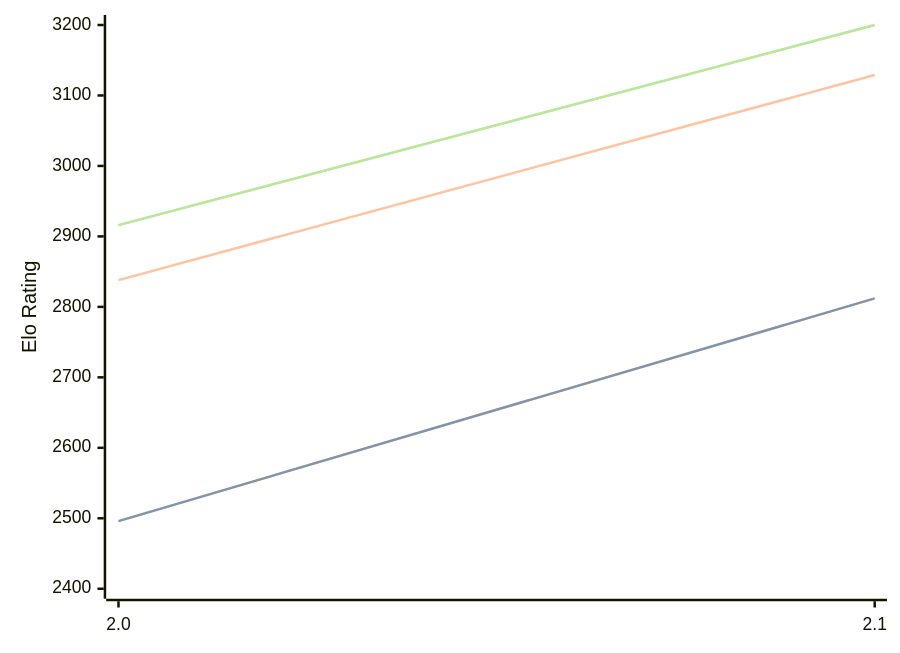
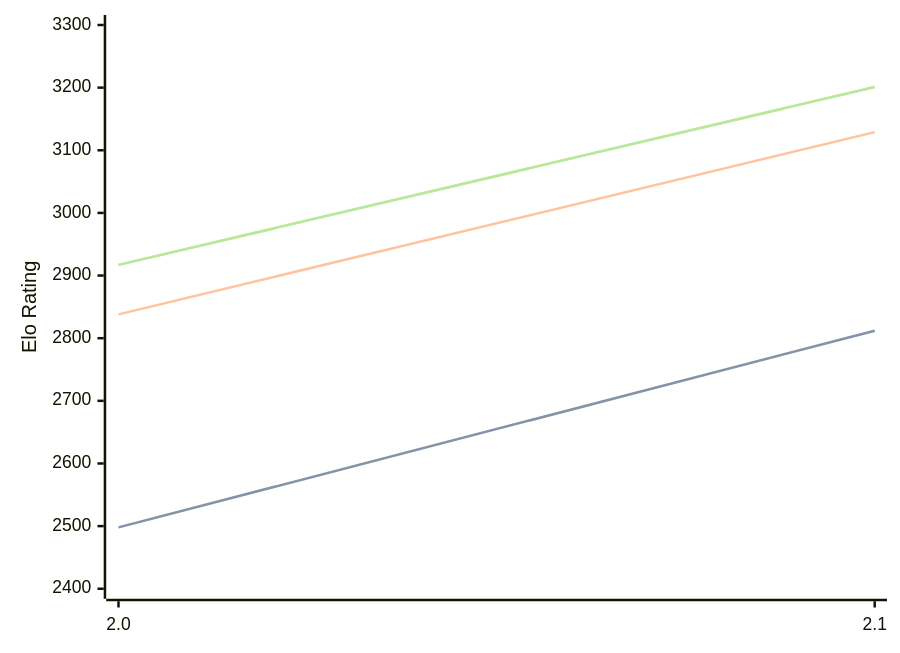
The diagram in engines/Tunguska.md (computer-chess-index/cci), drawn with Mermaid before and after one commit. The commit also changed other lines of this file, not shown here.

Commit message:
Update CCI Ratings (ELO VLTC) - 2026-05-22

````diff
--- a/engines/Tunguska.md
+++ b/engines/Tunguska.md
@@ -32,11 +32,11 @@
 ```mermaid
 %%{init: {"theme":"base","themeVariables":{"seriesColors:['#a3a3a3','#222221','#faa371']}}}%%
 xychart-beta
   x-axis ["2.0", "2.1"]
-  y-axis "Elo Rating" 2400 --> 3200
-  line "STC (8.0+0.08s)" [2496, 2812]
-  line "STC (8.0+0.08s)" [2496, 2812]
+  y-axis "Elo Rating" 2400 --> 3300
+  line "STC (8.0+0.08s)" [2498, 2812]
+  line "STC (8.0+0.08s)" [2498, 2812]
   line "LTC (60.0+0.60s)" [2838, 3129]
-  line "VLTC (2m24s+1.12s)" [2916, 3200]
-  line "VLTC (2m24s+1.12s)" [2916, 3200]
+  line "VLTC (2m24s+1.12s)" [2917, 3201]
+  line "VLTC (2m24s+1.12s)" [2917, 3201]
 ```
````
